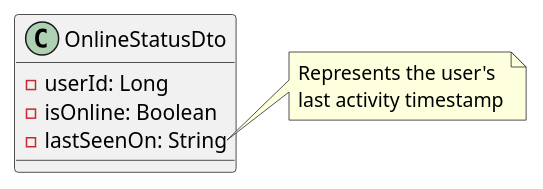
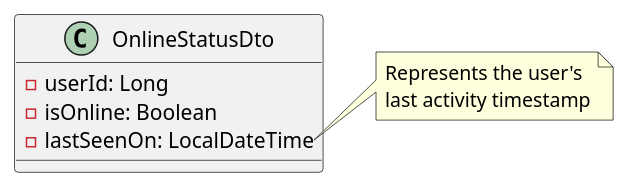
Before and after one commit to LiashenkoAndrey/talk-and-travel: the diagram in docs/userLastSeenFeature/updatedDto.plantuml, drawn with PlantUML. The commit also changed 11 other files, not shown here.

```diff
--- a/docs/userLastSeenFeature/updatedDto.plantuml
+++ b/docs/userLastSeenFeature/updatedDto.plantuml
@@ -1,16 +1,16 @@
 @startuml
 
 skinparam linetype ortho
 
 class OnlineStatusDto {
   - userId: Long
   - isOnline: Boolean
-  - lastSeenOn: String
+  - lastSeenOn: LocalDateTime
 }
 
 note right of OnlineStatusDto::lastSeenOn
  Represents the user's
  last activity timestamp
 end note
 
 @enduml
```
